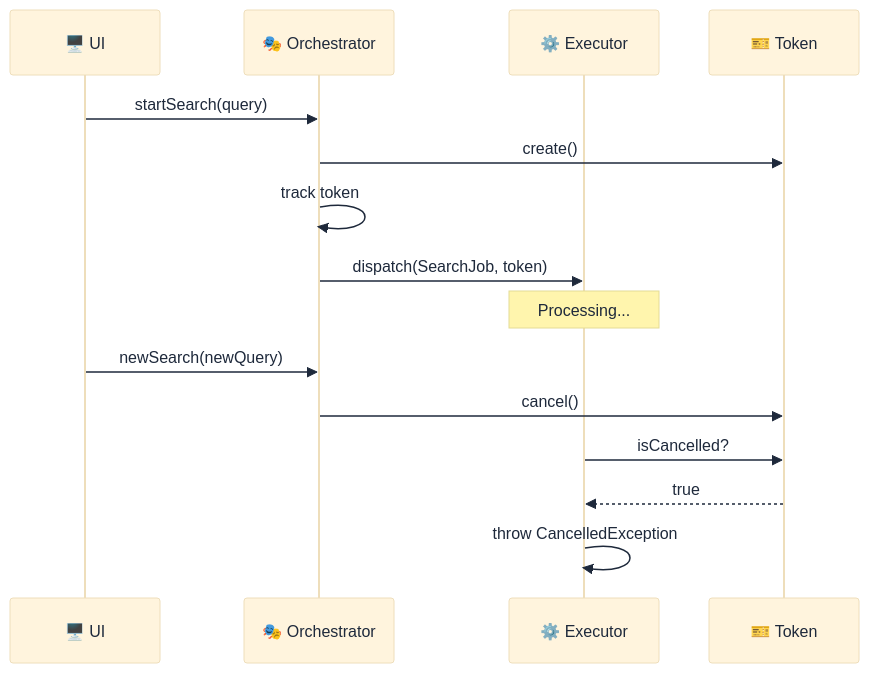
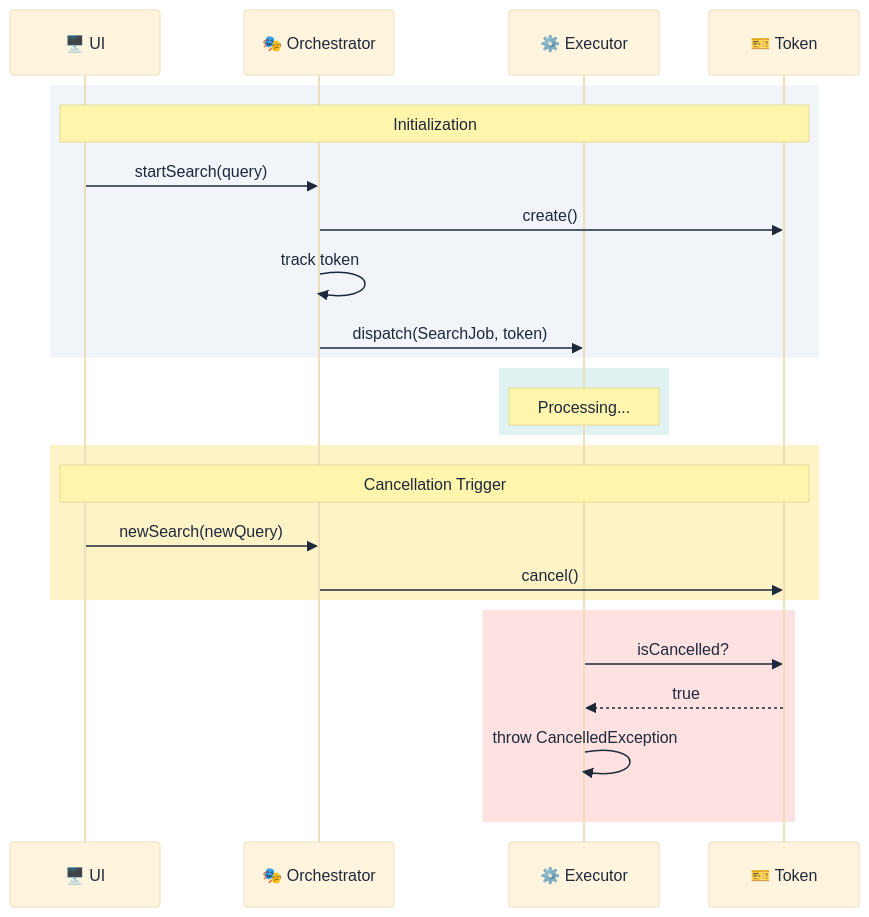
The first of 16 diagrams in book/chapters/05_advanced_patterns.md (lploc94/flutter_orchestrator), drawn with Mermaid before and after one commit. The commit also changed other lines of this file and 1 other file, not shown here.

````diff
--- a/book/chapters/05_advanced_patterns.md
+++ b/book/chapters/05_advanced_patterns.md
@@ -15,22 +15,32 @@
 ```mermaid
 %%{init: {'theme': 'base', 'themeVariables': { 'primaryTextColor': '#1e293b', 'noteTextColor': '#1e293b', 'actorTextColor': '#1e293b' }}}%%
 sequenceDiagram
     participant UI as 🖥️ UI
     participant Orch as 🎭 Orchestrator
     participant Exec as ⚙️ Executor
     participant Token as 🎫 Token
     
-    UI->>Orch: startSearch(query)
-    Orch->>Token: create()
-    Orch->>Orch: track token
-    Orch->>Exec: dispatch(SearchJob, token)
+    rect rgb(241, 245, 249)
+        Note over UI,Token: Initialization
+        UI->>Orch: startSearch(query)
+        Orch->>Token: create()
+        Orch->>Orch: track token
+        Orch->>Exec: dispatch(SearchJob, token)
+    end
     
-    Note over Exec: Processing...
+    rect rgb(224, 242, 241)
+        Note over Exec: Processing...
+    end
     
-    UI->>Orch: newSearch(newQuery)
-    Orch->>Token: cancel()
+    rect rgb(254, 243, 199)
+        Note over UI,Token: Cancellation Trigger
+        UI->>Orch: newSearch(newQuery)
+        Orch->>Token: cancel()
+    end
     
-    Exec->>Token: isCancelled?
-    Token-->>Exec: true
-    Exec->>Exec: throw CancelledException
+    rect rgb(254, 226, 226)
+        Exec->>Token: isCancelled?
+        Token-->>Exec: true
+        Exec->>Exec: throw CancelledException
+    end
 ```
````
